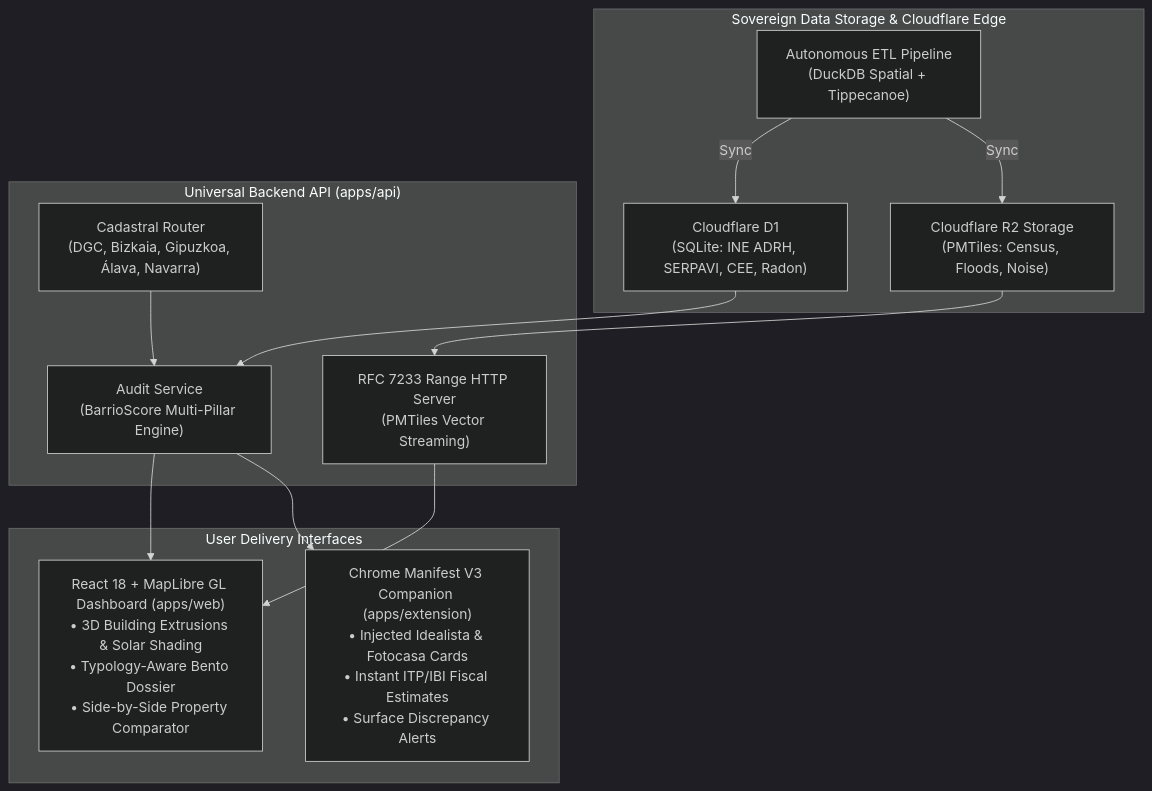
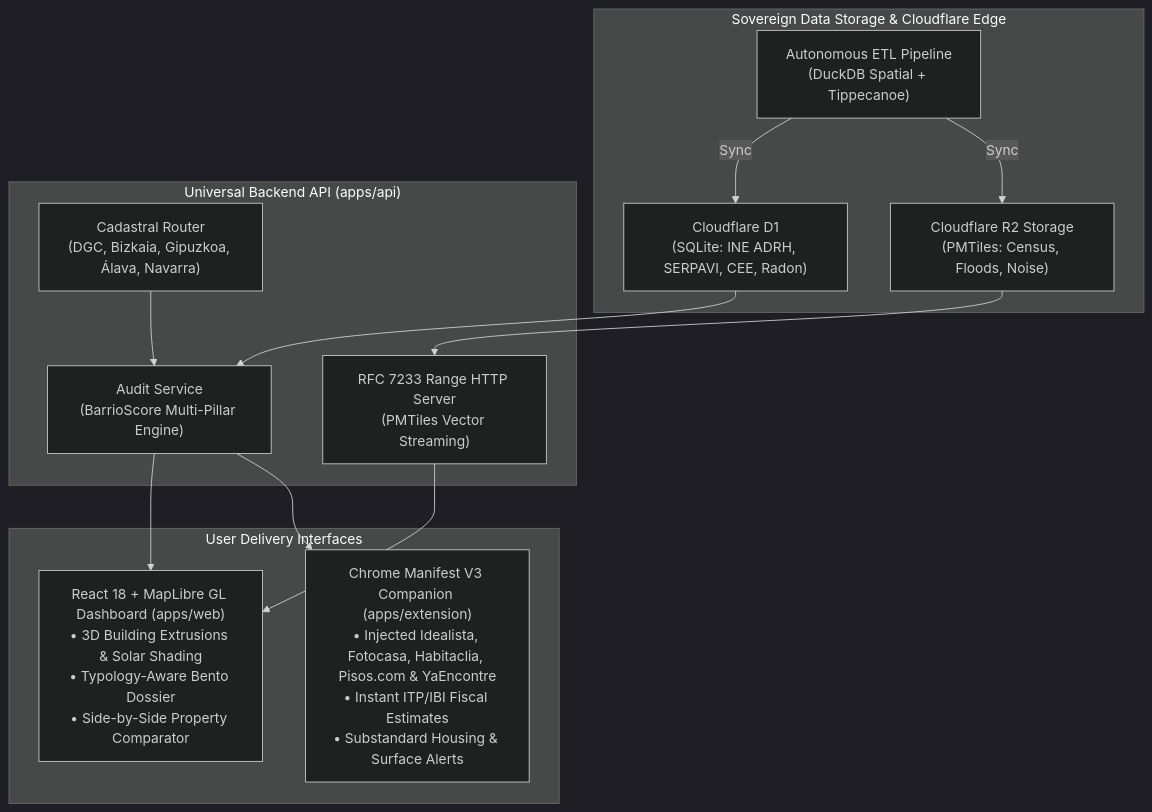
One commit to alexagc/openbarrio changed the diagram in README.md. Above: the diagram before and after it, drawn with Mermaid (dark theme). The commit also changed other lines of this file and 59 other files, not shown here.

Commit message:
feat: expand portal adapters, substandard housing fraud heuristic and property duel 2.0 (v1.2.0)

````diff
--- a/README.md
+++ b/README.md
@@ -21,28 +21,28 @@
 ```mermaid
 flowchart TD
     subgraph DataSovereignty ["Sovereign Data Storage & Cloudflare Edge"]
         D1["Cloudflare D1<br/>(SQLite: INE ADRH, SERPAVI, CEE, Radon)"]
         R2["Cloudflare R2 Storage<br/>(PMTiles: Census, Floods, Noise)"]
         ETL["Autonomous ETL Pipeline<br/>(DuckDB Spatial + Tippecanoe)"]
         ETL -->|Sync| D1
         ETL -->|Sync| R2
     end
 
     subgraph BackendTier ["Universal Backend API (apps/api)"]
         Router["Cadastral Router<br/>(DGC, Bizkaia, Gipuzkoa, Álava, Navarra)"]
         Service["Audit Service<br/>(BarrioScore Multi-Pillar Engine)"]
         TileProxy["RFC 7233 Range HTTP Server<br/>(PMTiles Vector Streaming)"]
         D1 --> Service
         R2 --> TileProxy
         Router --> Service
     end
 
     subgraph ClientTier ["User Delivery Interfaces"]
         Web["React 18 + MapLibre GL Dashboard (apps/web)<br/>• 3D Building Extrusions & Solar Shading<br/>• Typology-Aware Bento Dossier<br/>• Side-by-Side Property Comparator"]
-        Ext["Chrome Manifest V3 Companion (apps/extension)<br/>• Injected Idealista & Fotocasa Cards<br/>• Instant ITP/IBI Fiscal Estimates<br/>• Surface Discrepancy Alerts"]
+        Ext["Chrome Manifest V3 Companion (apps/extension)<br/>• Injected Idealista, Fotocasa, Habitaclia, Pisos.com & YaEncontre<br/>• Instant ITP/IBI Fiscal Estimates<br/>• Substandard Housing & Surface Alerts"]
     end
 
     Service --> Web
     Service --> Ext
     TileProxy --> Web
 ```
````
